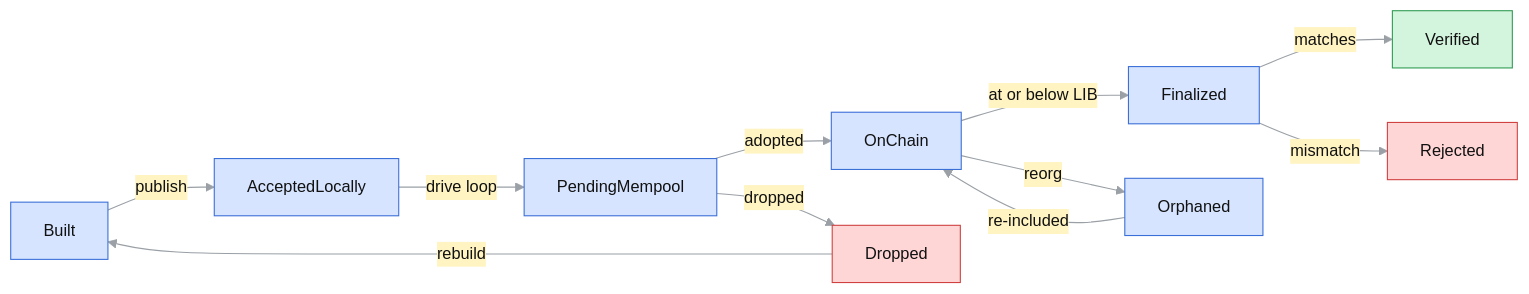
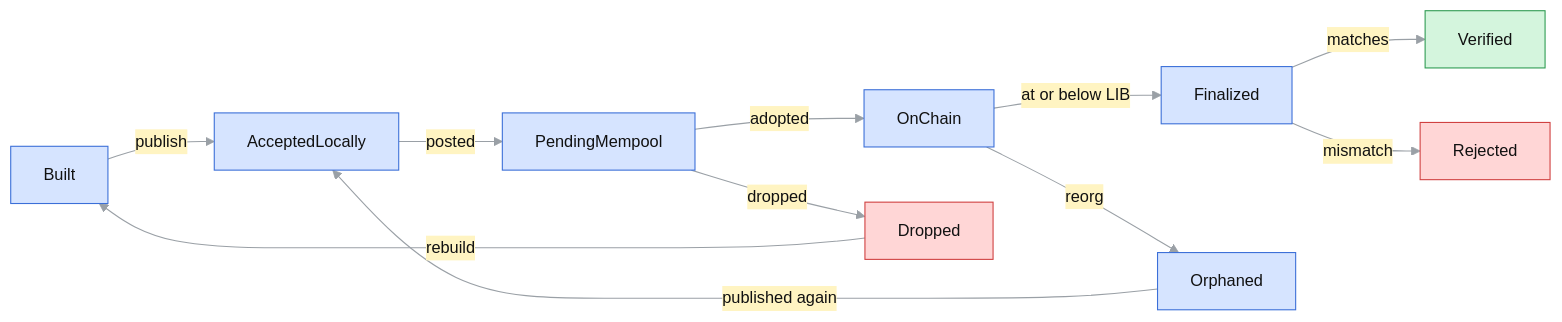
The fourth of 5 diagrams in docs/rfc-rln-membership-zone.md (logos-co/logos-rln-membership-zone), drawn with Mermaid before and after one commit. The commit also changed other lines of this file, not shown here.

````diff
--- a/docs/rfc-rln-membership-zone.md
+++ b/docs/rfc-rln-membership-zone.md
@@ -324,21 +335,21 @@
 ```mermaid
 %%{init: {"theme": "base", "themeVariables": {"lineColor": "#9aa0a6", "primaryTextColor": "#111111", "edgeLabelBackground": "#fff4c2", "fontSize": "15px"}}}%%
 flowchart LR
     DER["Built"] -->|"publish"| ACL["AcceptedLocally"]
-    ACL -->|"drive loop"| PEN["PendingMempool"]
+    ACL -->|"posted"| PEN["PendingMempool"]
     PEN -->|"adopted"| ONC["OnChain"]
     ONC -->|"at or below LIB"| FIN["Finalized"]
     FIN -->|"matches"| VER["Verified"]
     FIN -->|"mismatch"| REJ["Rejected"]
     PEN -->|"dropped"| DRO["Dropped"]
     ONC -->|"reorg"| ORP["Orphaned"]
-    ORP -->|"re-included"| ONC
+    ORP -->|"published again"| ACL
     DRO -->|"rebuild"| DER
 
     classDef step fill:#d6e4ff,stroke:#3b6fd8,color:#111111
     classDef ok fill:#d4f5dd,stroke:#2e9b52,color:#111111
     classDef bad fill:#ffd6d6,stroke:#d04040,color:#111111
     class DER,ACL,PEN,ONC,FIN,ORP step
     class VER ok
     class REJ,DRO bad
 ```
````
